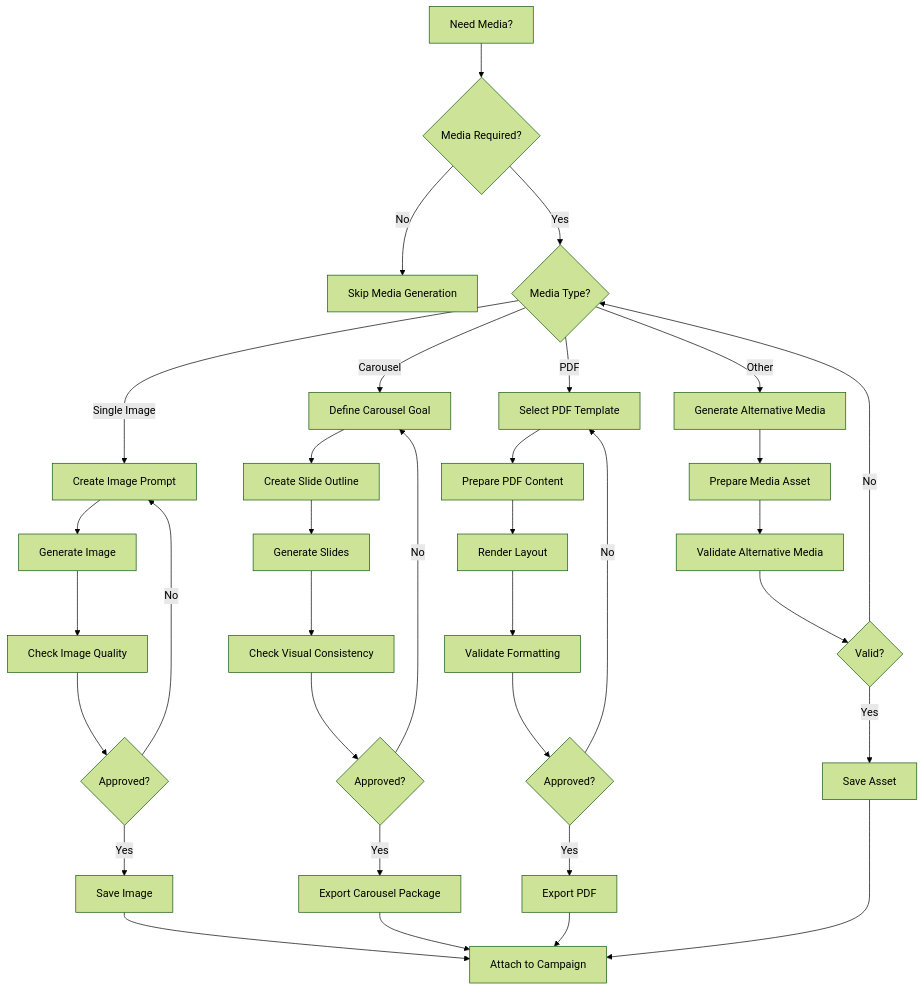
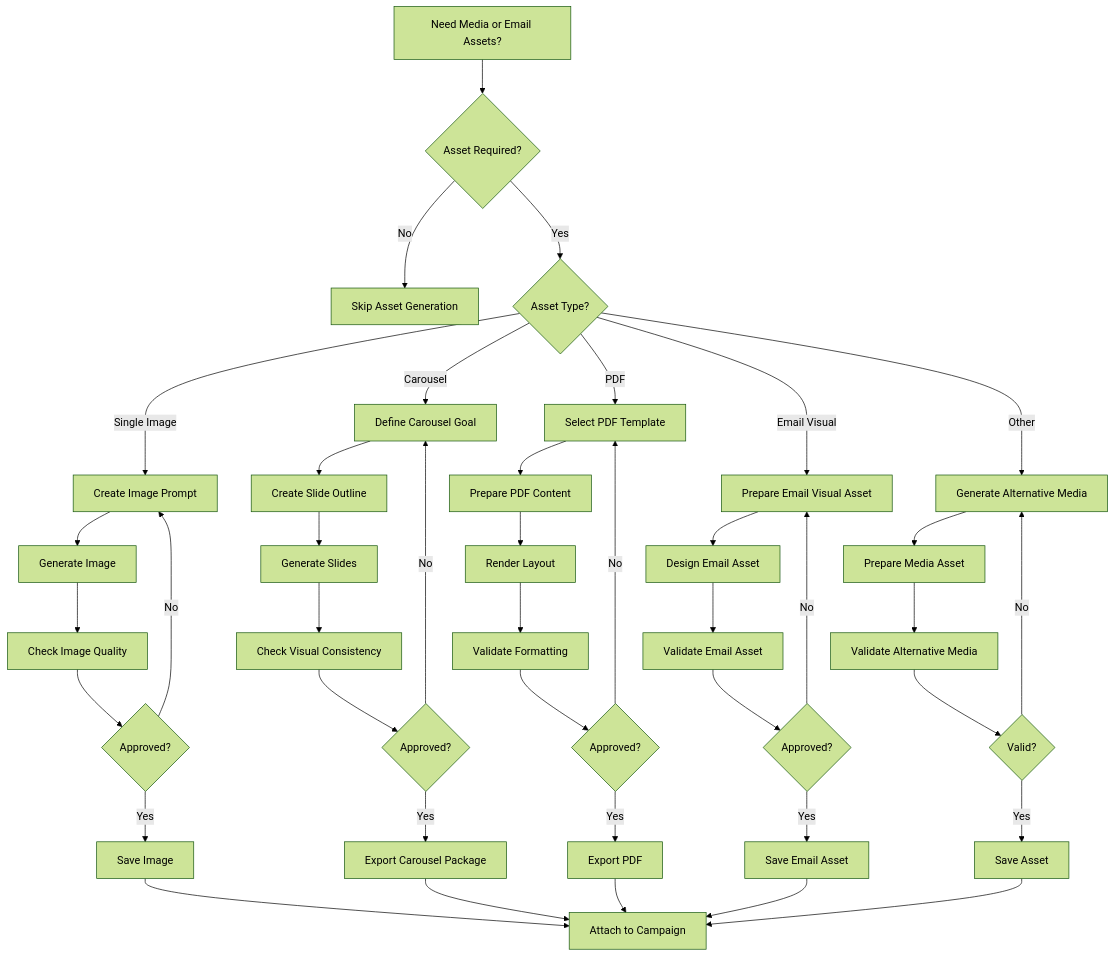
Before and after one commit to mariembel21/nova-ai-marketing-agent: the sixth of 8 diagrams in README.md, drawn with Mermaid (forest theme). The commit also changed other lines of this file, not shown here.

Commit message:
Update README with email campaign and asset flow

````diff
--- a/README.md
+++ b/README.md
@@ -125,46 +127,53 @@
 ```mermaid
 flowchart TD
-  A[Need Media?] --> B{Media Required?}
+  A[Need Media or Email Assets?] --> B{Asset Required?}
 
-  B -->|No| C[Skip Media Generation]
-  B -->|Yes| D{Media Type?}
+  B -->|No| C[Skip Asset Generation]
+  B -->|Yes| D{Asset Type?}
 
   D -->|Single Image| E[Create Image Prompt]
   D -->|Carousel| F[Define Carousel Goal]
   D -->|PDF| G[Select PDF Template]
-  D -->|Other| H[Generate Alternative Media]
+  D -->|Email Visual| H[Prepare Email Visual Asset]
+  D -->|Other| I[Generate Alternative Media]
 
-  E --> I[Generate Image]
-  F --> J[Create Slide Outline]
-  G --> K[Prepare PDF Content]
-  H --> L[Prepare Media Asset]
+  E --> J[Generate Image]
+  F --> K[Create Slide Outline]
+  G --> L[Prepare PDF Content]
+  H --> M[Design Email Asset]
+  I --> N[Prepare Media Asset]
 
-  I --> M[Check Image Quality]
-  J --> N[Generate Slides]
-  K --> O[Render Layout]
-  L --> P[Validate Alternative Media]
+  J --> O[Check Image Quality]
+  K --> P[Generate Slides]
+  L --> Q[Render Layout]
+  M --> R[Validate Email Asset]
+  N --> S[Validate Alternative Media]
 
-  M --> Q{Approved?}
-  N --> R[Check Visual Consistency]
-  O --> S[Validate Formatting]
-  P --> T{Valid?}
+  O --> T{Approved?}
+  P --> U[Check Visual Consistency]
+  Q --> V[Validate Formatting]
+  R --> W{Approved?}
+  S --> X{Valid?}
 
-  Q -->|No| E
-  Q -->|Yes| U[Save Image]
+  T -->|No| E
+  T -->|Yes| Y[Save Image]
 
-  R --> V{Approved?}
-  S --> W{Approved?}
-  T -->|No| D
-  T -->|Yes| X[Save Asset]
+  U --> Z{Approved?}
+  V --> AA{Approved?}
+  W -->|No| H
+  W -->|Yes| AB[Save Email Asset]
+  X -->|No| I
+  X -->|Yes| AC[Save Asset]
 
-  V -->|No| F
-  V -->|Yes| Y[Export Carousel Package]
+  Z -->|No| F
+  Z -->|Yes| AD[Export Carousel Package]
 
-  W -->|No| G
-  W -->|Yes| Z[Export PDF]
+  AA -->|No| G
+  AA -->|Yes| AE[Export PDF]
 
-  U --> AA[Attach to Campaign]
-  Y --> AA
-  Z --> AA
-  X --> AA
+  Y --> AF[Attach to Campaign]
+  AD --> AF
+  AE --> AF
+  AB --> AF
+  AC --> AF
   ```
````
